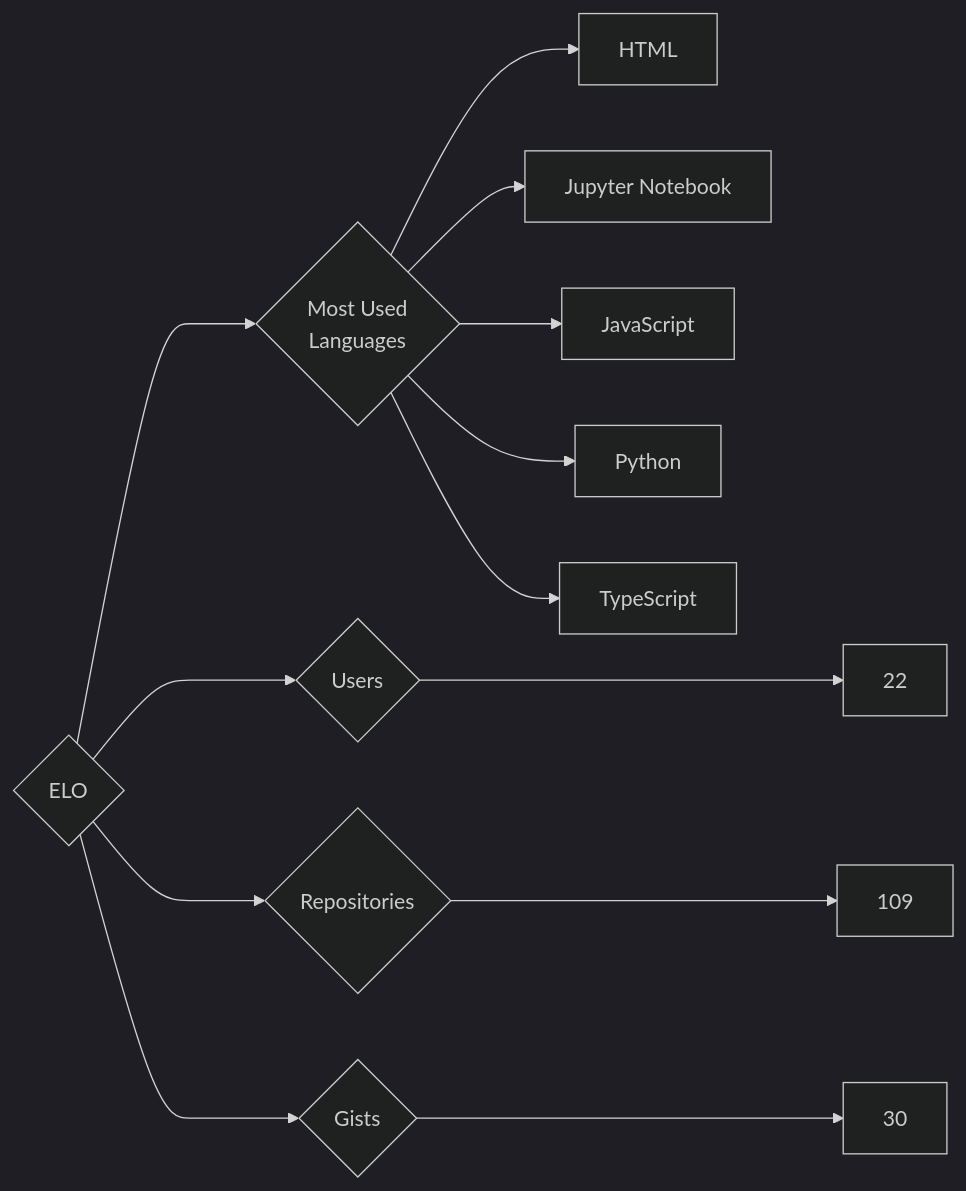
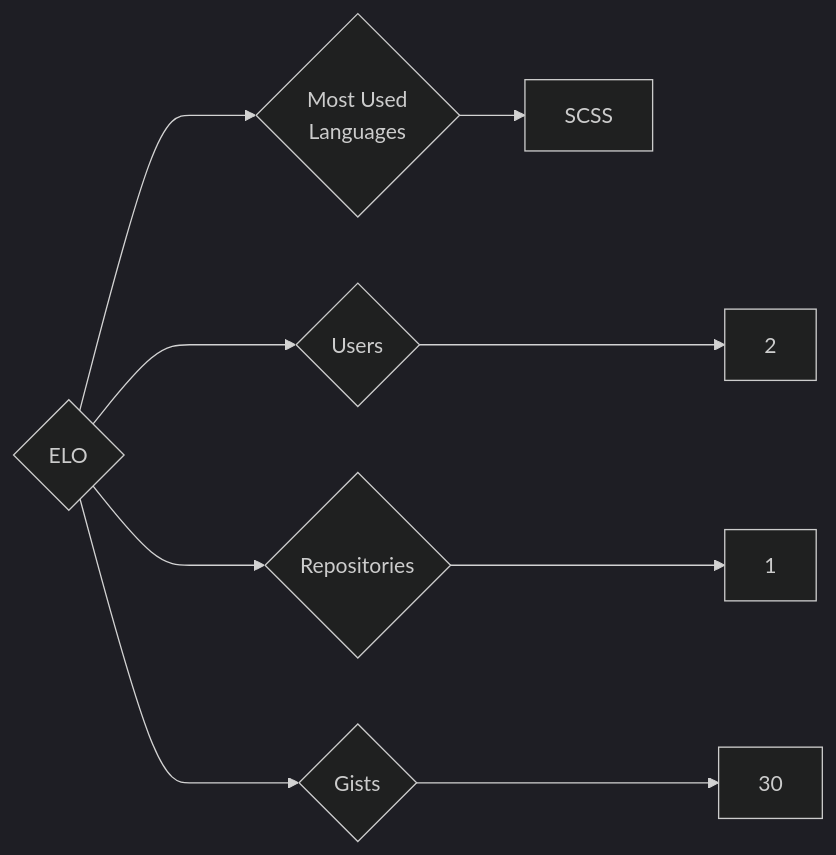
One commit to trickest/insiders changed the diagram in targets/ELO/README.md. Above: the diagram before and after it, drawn with Mermaid (dark theme). The commit also changed 676 other files, not shown here.

````diff
--- a/targets/ELO/README.md
+++ b/targets/ELO/README.md
@@ -3,13 +3,9 @@
 ```mermaid
 graph LR
 COMPANY_NAME{ELO}
-COMPANY_NAME ---> U{Users} ---> UN[22]
-COMPANY_NAME ---> R{Repositories} ---> RN[109]
+COMPANY_NAME ---> U{Users} ---> UN[2]
+COMPANY_NAME ---> R{Repositories} ---> RN[1]
 COMPANY_NAME ---> G{Gists} ---> GN[30]
 COMPANY_NAME ---> ML{Most Used<br>Languages}
-ML --> HTML[HTML]
-ML --> Jupyter_Notebook[Jupyter Notebook]
-ML --> JavaScript[JavaScript]
-ML --> Python[Python]
-ML --> TypeScript[TypeScript]
+ML --> SCSS[SCSS]
 ```
````
